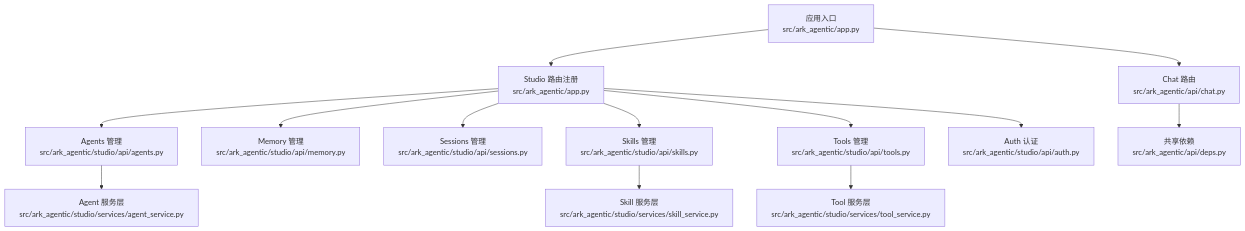
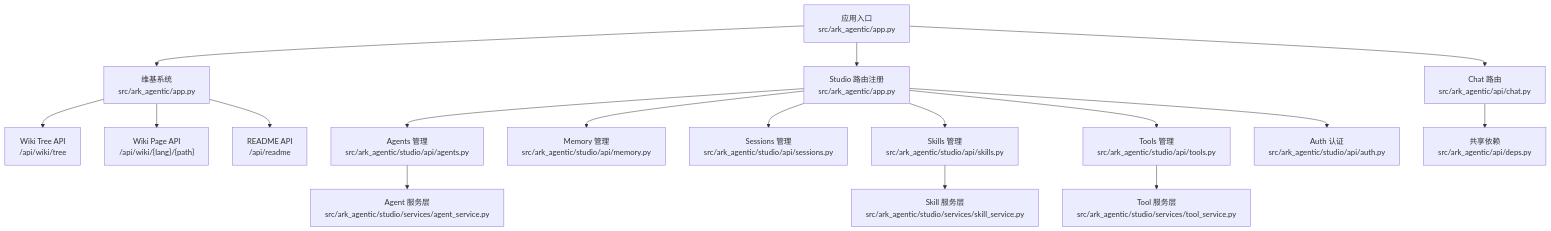
The first of 13 diagrams in repowiki/zh/content/API 接口文档/API 接口文档.md (YU-JI-KUI/ark-agentic), drawn with Mermaid before and after one commit. The commit also changed other lines of this file and 10 other files, not shown here.

````diff
--- a/repowiki/zh/content/API 接口文档/API 接口文档.md
+++ b/repowiki/zh/content/API 接口文档/API 接口文档.md
@@ -48,15 +60,19 @@
 ```mermaid
 graph TB
 A["应用入口<br/>src/ark_agentic/app.py"] --> B["Chat 路由<br/>src/ark_agentic/api/chat.py"]
-A --> C["Studio 路由注册<br/>src/ark_agentic/app.py"]
-C --> D["Agents 管理<br/>src/ark_agentic/studio/api/agents.py"]
-C --> E["Memory 管理<br/>src/ark_agentic/studio/api/memory.py"]
-C --> F["Sessions 管理<br/>src/ark_agentic/studio/api/sessions.py"]
-C --> G["Skills 管理<br/>src/ark_agentic/studio/api/skills.py"]
-C --> H["Tools 管理<br/>src/ark_agentic/studio/api/tools.py"]
-C --> I["Auth 认证<br/>src/ark_agentic/studio/api/auth.py"]
-B --> J["共享依赖<br/>src/ark_agentic/api/deps.py"]
-D --> K["Agent 服务层<br/>src/ark_agentic/studio/services/agent_service.py"]
-G --> L["Skill 服务层<br/>src/ark_agentic/studio/services/skill_service.py"]
-H --> M["Tool 服务层<br/>src/ark_agentic/studio/services/tool_service.py"]
+A --> C["维基系统<br/>src/ark_agentic/app.py"]
+A --> D["Studio 路由注册<br/>src/ark_agentic/app.py"]
+C --> E["Wiki Tree API<br/>/api/wiki/tree"]
+C --> F["Wiki Page API<br/>/api/wiki/{lang}/{path}"]
+C --> G["README API<br/>/api/readme"]
+D --> H["Agents 管理<br/>src/ark_agentic/studio/api/agents.py"]
+D --> I["Memory 管理<br/>src/ark_agentic/studio/api/memory.py"]
+D --> J["Sessions 管理<br/>src/ark_agentic/studio/api/sessions.py"]
+D --> K["Skills 管理<br/>src/ark_agentic/studio/api/skills.py"]
+D --> L["Tools 管理<br/>src/ark_agentic/studio/api/tools.py"]
+D --> M["Auth 认证<br/>src/ark_agentic/studio/api/auth.py"]
+B --> N["共享依赖<br/>src/ark_agentic/api/deps.py"]
+H --> O["Agent 服务层<br/>src/ark_agentic/studio/services/agent_service.py"]
+K --> P["Skill 服务层<br/>src/ark_agentic/studio/services/skill_service.py"]
+L --> Q["Tool 服务层<br/>src/ark_agentic/studio/services/tool_service.py"]
 ```
````
